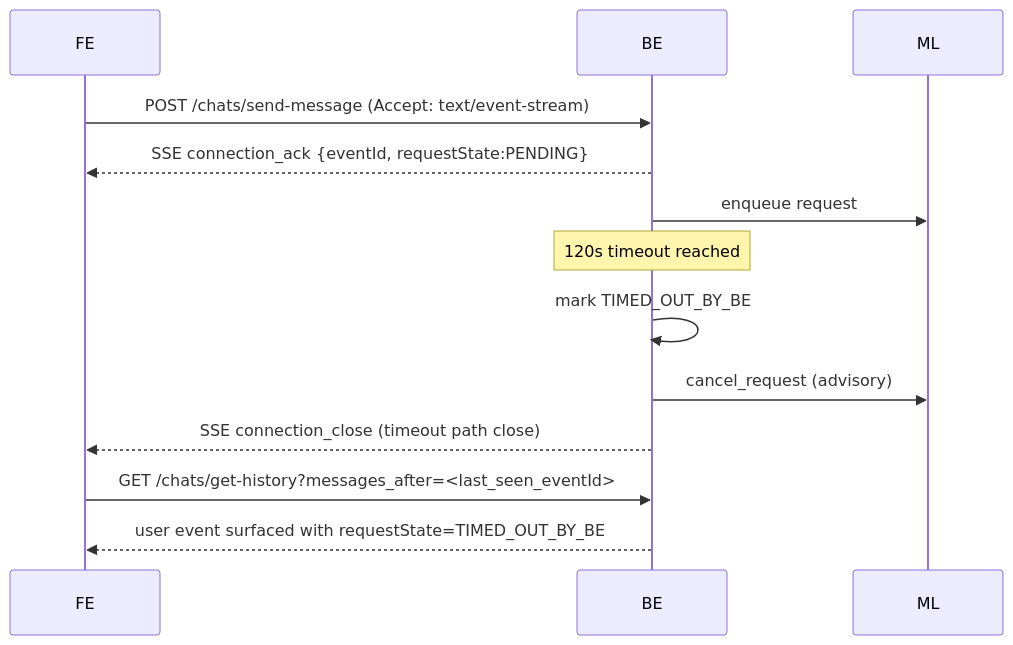
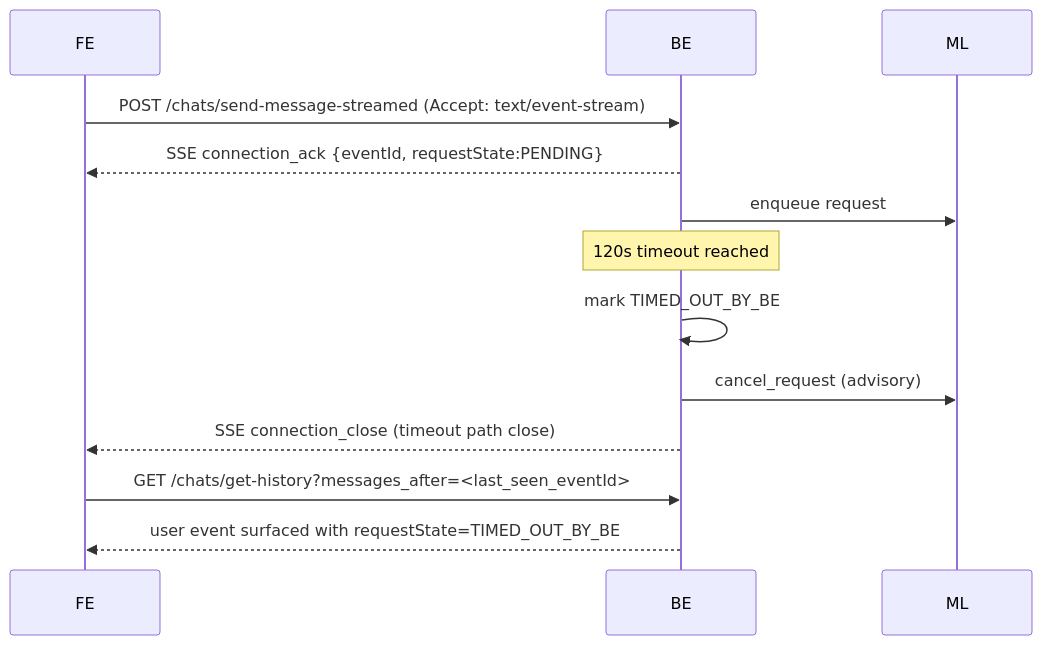
Before and after one commit to sachin-hg/chat-demo: the second of 4 diagrams in chat_v1.md, drawn with Mermaid. The commit also changed other lines of this file and 13 other files, not shown here.

````diff
--- a/chat_v1.md
+++ b/chat_v1.md
@@ -459,18 +464,18 @@
 ```mermaid
 sequenceDiagram
     participant FE
     participant BE
     participant ML
 
-    FE->>BE: POST /chats/send-message (Accept: text/event-stream)
+    FE->>BE: POST /chats/send-message-streamed (Accept: text/event-stream)
     BE-->>FE: SSE connection_ack {eventId, requestState:PENDING}
     BE->>ML: enqueue request
 
     Note over BE: 120s timeout reached
     BE->>BE: mark TIMED_OUT_BY_BE
     BE->>ML: cancel_request (advisory)
     BE-->>FE: SSE connection_close (timeout path close)
     FE->>BE: GET /chats/get-history?messages_after=<last_seen_eventId>
     BE-->>FE: user event surfaced with requestState=TIMED_OUT_BY_BE
 
 ```
````
